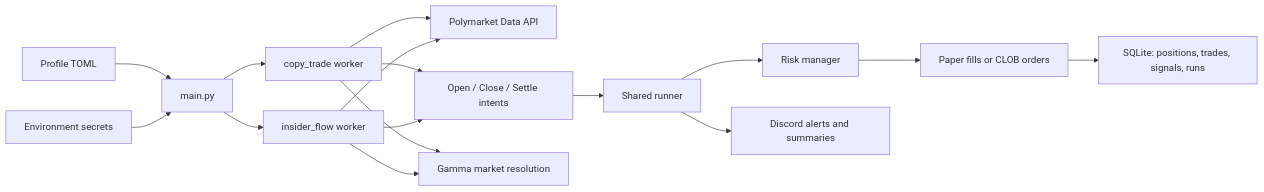
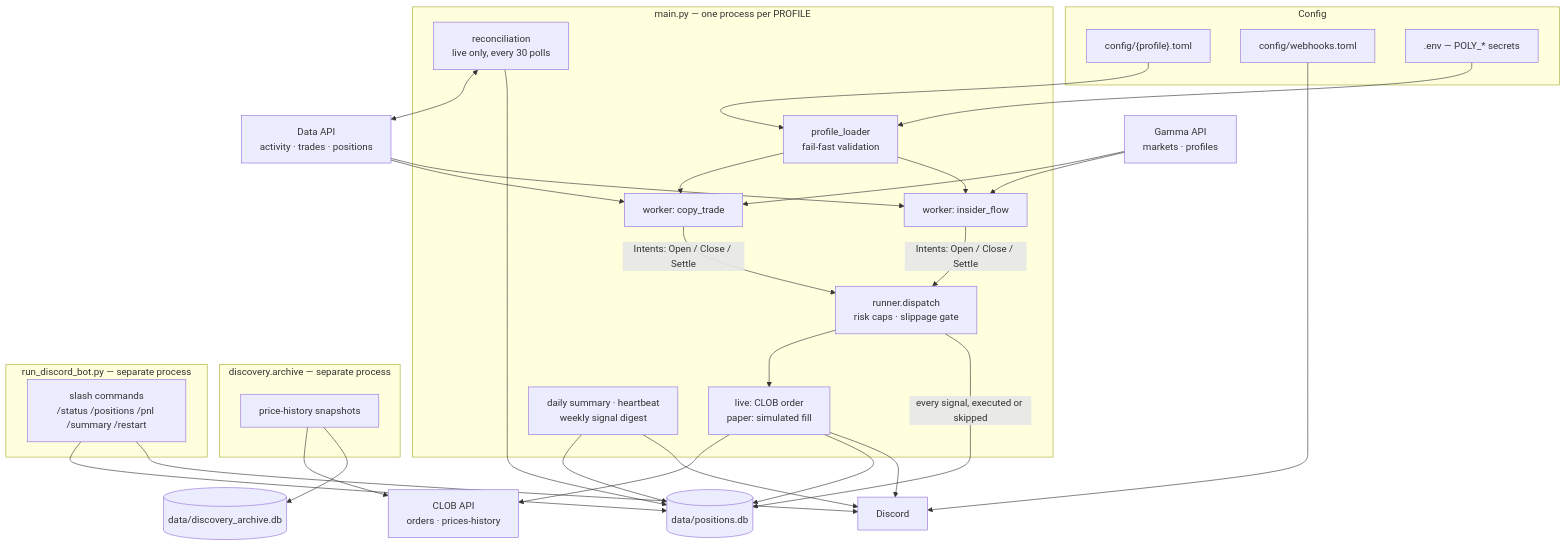
The diagram in README.md (Rampex1/Polymarket), drawn with Mermaid before and after one commit. The commit also changed other lines of this file, not shown here.

Commit message:
docs: high-level README intro, rebuilt architecture diagram
- Intro is now about the bot and its goal (be profitable, and keep the
  record needed to tell) rather than a rundown of the two algorithms
- Removed "How it works" and "Ranked multi-leader copy"
- Architecture rebuilt from the code and left as the graph alone: shows
  all three processes (main.py workers, discovery.archive,
  run_discord_bot.py), the config inputs, the three Polymarket APIs, both
  SQLite files, reconciliation, and the profile-level notifier threads
- Repo map split into its own section so Architecture is graph-only

Diagram verified to parse with the mermaid engine GitHub renders with.

Claude-Session: https://claude.ai/code/session_013dj1nVU5FpqDgJvhe73Tfm

````diff
--- a/README.md
+++ b/README.md
@@ -22,20 +14,63 @@
 ```mermaid
-flowchart LR
-    Profile["Profile TOML"] --> Main["main.py"]
-    Secrets["Environment secrets"] --> Main
-    Main --> Copy["copy_trade worker"]
-    Main --> Insider["insider_flow worker"]
+flowchart TB
+    subgraph cfg["Config"]
+        TOML["config/{profile}.toml"]
+        WH["config/webhooks.toml"]
+        ENV[".env — POLY_* secrets"]
+    end
 
-    Copy --> DataAPI["Polymarket Data API"]
-    Insider --> DataAPI
-    Copy --> Intents["Open / Close / Settle intents"]
-    Insider --> Intents
-    Intents --> Runner["Shared runner"]
+    subgraph trader["main.py — one process per PROFILE"]
+        Loader["profile_loader<br/>fail-fast validation"]
+        WA["worker: copy_trade"]
+        WB["worker: insider_flow"]
+        Runner["runner.dispatch<br/>risk caps · slippage gate"]
+        Exec["live: CLOB order<br/>paper: simulated fill"]
+        Recon["reconciliation<br/>live only, every 30 polls"]
+        Sched["daily summary · heartbeat<br/>weekly signal digest"]
+    end
 
-    Runner --> Risk["Risk manager"]
-    Risk --> Execution["Paper fills or CLOB orders"]
-    Execution --> DB["SQLite: positions, trades, signals, runs"]
-    Runner --> Discord["Discord alerts and summaries"]
-    Copy --> Gamma["Gamma market resolution"]
-    Insider --> Gamma
+    subgraph archiver["discovery.archive — separate process"]
+        Snap["price-history snapshots"]
+    end
+
+    subgraph dbot["run_discord_bot.py — separate process"]
+        Slash["slash commands<br/>/status /positions /pnl /summary /restart"]
+    end
+
+    Data["Data API<br/>activity · trades · positions"]
+    Gamma["Gamma API<br/>markets · profiles"]
+    CLOB["CLOB API<br/>orders · prices-history"]
+    PDB[("data/positions.db")]
+    ADB[("data/discovery_archive.db")]
+    Discord["Discord"]
+
+    TOML --> Loader
+    ENV --> Loader
+    Loader --> WA
+    Loader --> WB
+
+    Data --> WA
+    Data --> WB
+    Gamma --> WA
+    Gamma --> WB
+
+    WA -- "Intents: Open / Close / Settle" --> Runner
+    WB -- "Intents: Open / Close / Settle" --> Runner
+    Runner --> Exec
+    Runner -- "every signal, executed or skipped" --> PDB
+    Exec --> CLOB
+    Exec --> PDB
+    Exec --> Discord
+
+    Recon <--> Data
+    Recon --> PDB
+    Sched --> PDB
+    Sched --> Discord
+    WH --> Discord
+
+    Snap --> CLOB
+    Snap --> ADB
+
+    Slash --> PDB
+    Slash --> Discord
 ```
````
